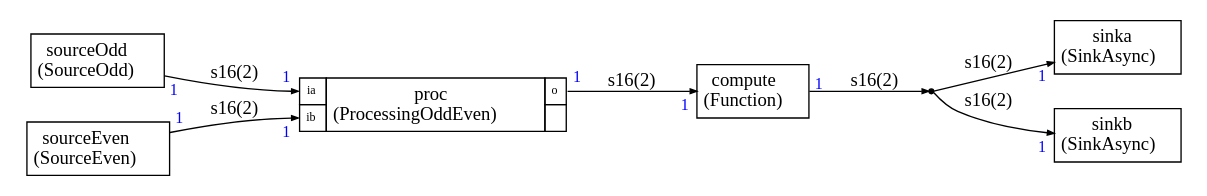
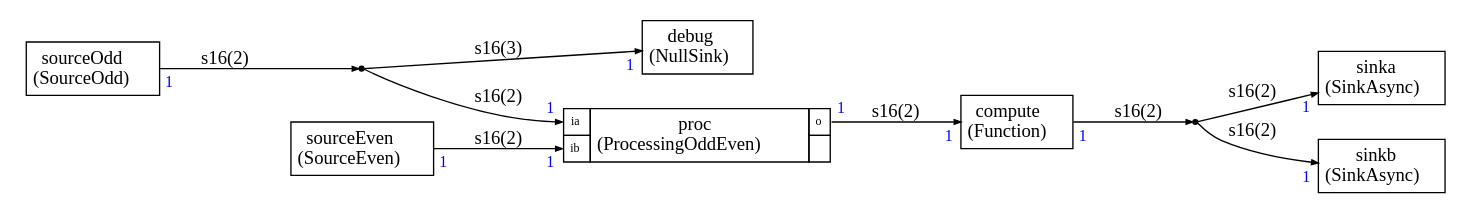
One commit to ARM-software/CMSIS-DSP changed the diagram in ComputeGraph/examples/example10/test.dot. Above: the diagram before and after it, drawn with Graphviz. The commit also changed 53 other files, not shown here.

```diff
--- a/ComputeGraph/examples/example10/test.dot
+++ b/ComputeGraph/examples/example10/test.dot
@@ -1,104 +1,125 @@
 
 
 
 
 digraph structs {
     node [shape=plaintext]
     rankdir=LR
     edge [arrowsize=0.5]
     fontname="times"
 
 
 compute1 [label=<
 <TABLE BORDER="0" CELLBORDER="1" CELLSPACING="0" CELLPADDING="4">
   <TR>
     <TD ALIGN="CENTER" PORT="i">compute<BR/>(Function)</TD>
   </TR>
 </TABLE>>];
 
+debug [label=<
+<TABLE BORDER="0" CELLBORDER="1" CELLSPACING="0" CELLPADDING="4">
+  <TR>
+    <TD ALIGN="CENTER" PORT="i">debug<BR/>(NullSink)</TD>
+  </TR>
+</TABLE>>];
+
 dup0 [shape=point,label=dup0]
+
+dup1 [shape=point,label=dup1]
 
 
 proc [label=<
 <TABLE BORDER="0" CELLBORDER="1" CELLSPACING="0" CELLPADDING="4">
   <TR>
     <TD PORT="ia"><FONT POINT-SIZE="9.0">ia</FONT></TD>
     <TD ALIGN="CENTER" ROWSPAN="2">proc<BR/>(ProcessingOddEven)</TD>
     <TD PORT="o"><FONT POINT-SIZE="9.0">o</FONT></TD>
   </TR>
 <TR>
 <TD PORT="ib"><FONT POINT-SIZE="9.0">ib</FONT></TD>
 
  
 <TD></TD></TR>
 
 </TABLE>>];
 
 sinka [label=<
 <TABLE BORDER="0" CELLBORDER="1" CELLSPACING="0" CELLPADDING="4">
   <TR>
     <TD ALIGN="CENTER" PORT="i">sinka<BR/>(SinkAsync)</TD>
   </TR>
 </TABLE>>];
 
 sinkb [label=<
 <TABLE BORDER="0" CELLBORDER="1" CELLSPACING="0" CELLPADDING="4">
   <TR>
     <TD ALIGN="CENTER" PORT="i">sinkb<BR/>(SinkAsync)</TD>
   </TR>
 </TABLE>>];
 
 sourceEven [label=<
 <TABLE BORDER="0" CELLBORDER="1" CELLSPACING="0" CELLPADDING="4">
   <TR>
     <TD ALIGN="CENTER" PORT="i">sourceEven<BR/>(SourceEven)</TD>
   </TR>
 </TABLE>>];
 
 sourceOdd [label=<
 <TABLE BORDER="0" CELLBORDER="1" CELLSPACING="0" CELLPADDING="4">
   <TR>
     <TD ALIGN="CENTER" PORT="i">sourceOdd<BR/>(SourceOdd)</TD>
   </TR>
 </TABLE>>];
 
 
 
-sourceOdd:i -> proc:ia [label="s16(2)"
-,headlabel=<<TABLE BORDER="0" CELLPADDING="2"><TR><TD><FONT COLOR="blue" POINT-SIZE="12.0" >1</FONT>
-</TD></TR></TABLE>>
-,taillabel=<<TABLE BORDER="0" CELLPADDING="2"><TR><TD><FONT COLOR="blue" POINT-SIZE="12.0" >1</FONT>
-</TD></TR></TABLE>>]
-
 sourceEven:i -> proc:ib [label="s16(2)"
 ,headlabel=<<TABLE BORDER="0" CELLPADDING="2"><TR><TD><FONT COLOR="blue" POINT-SIZE="12.0" >1</FONT>
 </TD></TR></TABLE>>
 ,taillabel=<<TABLE BORDER="0" CELLPADDING="2"><TR><TD><FONT COLOR="blue" POINT-SIZE="12.0" >1</FONT>
 </TD></TR></TABLE>>]
 
 proc:o -> compute1:i [label="s16(2)"
 ,headlabel=<<TABLE BORDER="0" CELLPADDING="2"><TR><TD><FONT COLOR="blue" POINT-SIZE="12.0" >1</FONT>
 </TD></TR></TABLE>>
 ,taillabel=<<TABLE BORDER="0" CELLPADDING="2"><TR><TD><FONT COLOR="blue" POINT-SIZE="12.0" >1</FONT>
 </TD></TR></TABLE>>]
 
-compute1:i ->  
+sourceOdd:i ->  
 dup0 [label="s16(2)"
 
 ,taillabel=<<TABLE BORDER="0" CELLPADDING="2"><TR><TD><FONT COLOR="blue" POINT-SIZE="12.0" >1</FONT>
 </TD></TR></TABLE>>]
 
  
-dup0 -> sinka:i [label="s16(2)"
+dup0 -> proc:ia [label="s16(2)"
 ,headlabel=<<TABLE BORDER="0" CELLPADDING="2"><TR><TD><FONT COLOR="blue" POINT-SIZE="12.0" >1</FONT>
 </TD></TR></TABLE>>
 ]
 
  
-dup0 -> sinkb:i [label="s16(2)"
+dup0 -> debug:i [label="s16(3)"
+,headlabel=<<TABLE BORDER="0" CELLPADDING="2"><TR><TD><FONT COLOR="blue" POINT-SIZE="12.0" >1</FONT>
+</TD></TR></TABLE>>
+]
+
+compute1:i ->  
+dup1 [label="s16(2)"
+
+,taillabel=<<TABLE BORDER="0" CELLPADDING="2"><TR><TD><FONT COLOR="blue" POINT-SIZE="12.0" >1</FONT>
+</TD></TR></TABLE>>]
+
+ 
+dup1 -> sinka:i [label="s16(2)"
+,headlabel=<<TABLE BORDER="0" CELLPADDING="2"><TR><TD><FONT COLOR="blue" POINT-SIZE="12.0" >1</FONT>
+</TD></TR></TABLE>>
+]
+
+ 
+dup1 -> sinkb:i [label="s16(2)"
 ,headlabel=<<TABLE BORDER="0" CELLPADDING="2"><TR><TD><FONT COLOR="blue" POINT-SIZE="12.0" >1</FONT>
 </TD></TR></TABLE>>
 ]
 
 
 }
```
